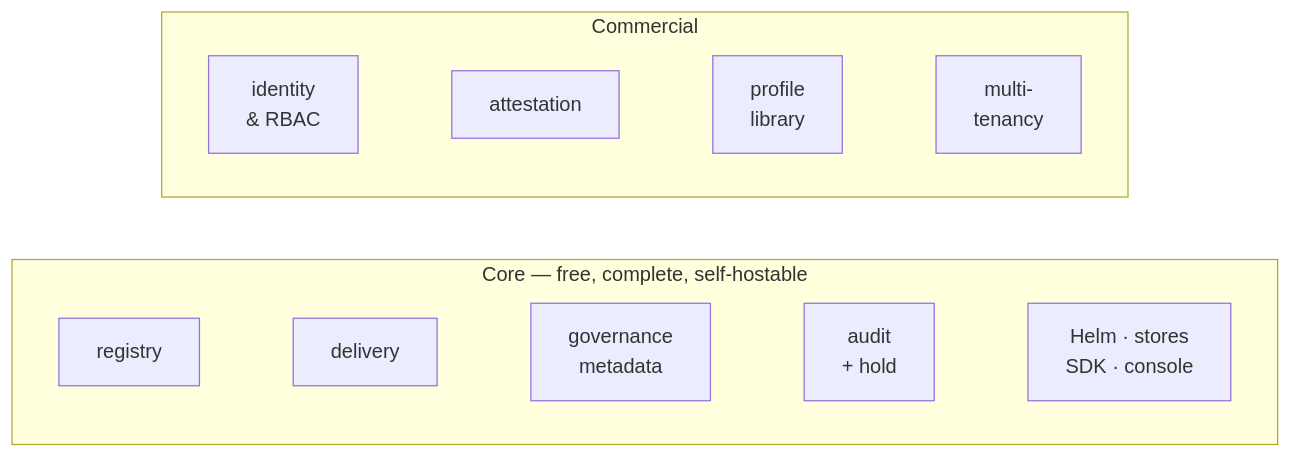
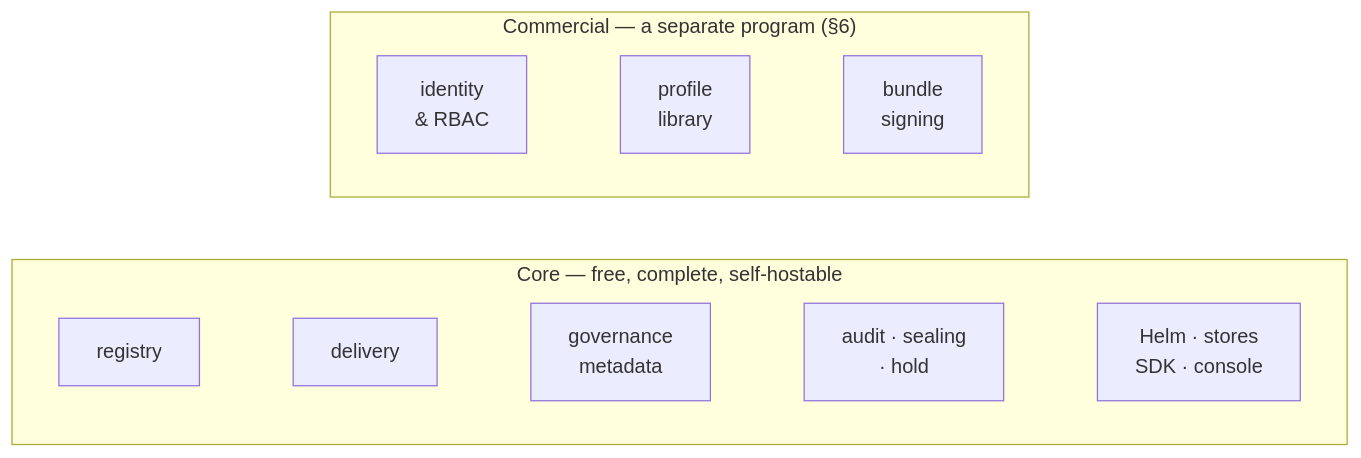
Before and after one commit to proseria-research/lineage: the second of 4 diagrams in docs/23-open-core-split.md, drawn with Mermaid. The commit also changed other lines of this file and 2 other files, not shown here.

First line of the commit message:
docs: commercial tier is a front door — no SaaS, Apache core, option C

````diff
--- a/docs/23-open-core-split.md
+++ b/docs/23-open-core-split.md
@@ -49,13 +54,13 @@
 ```mermaid
 %%{init: {"flowchart": {"curve": "linear"}}}%%
 flowchart TB
-    subgraph ee["Commercial"]
+    subgraph ee["Commercial — a separate program (§6)"]
         direction LR
-        auth["identity<br/>& RBAC"] ~~~ att["attestation"] ~~~ prof["profile<br/>library"] ~~~ mt["multi-<br/>tenancy"]
+        auth["identity<br/>& RBAC"] ~~~ prof["profile<br/>library"] ~~~ sig["bundle<br/>signing"]
     end
     subgraph core["Core — free, complete, self-hostable"]
         direction LR
-        reg["registry"] ~~~ del["delivery"] ~~~ gov["governance<br/>metadata"] ~~~ aud["audit<br/>+ hold"] ~~~ ops["Helm · stores<br/>SDK · console"]
+        reg["registry"] ~~~ del["delivery"] ~~~ gov["governance<br/>metadata"] ~~~ aud["audit · sealing<br/>· hold"] ~~~ ops["Helm · stores<br/>SDK · console"]
     end
     ee ~~~ core
 ```
````
